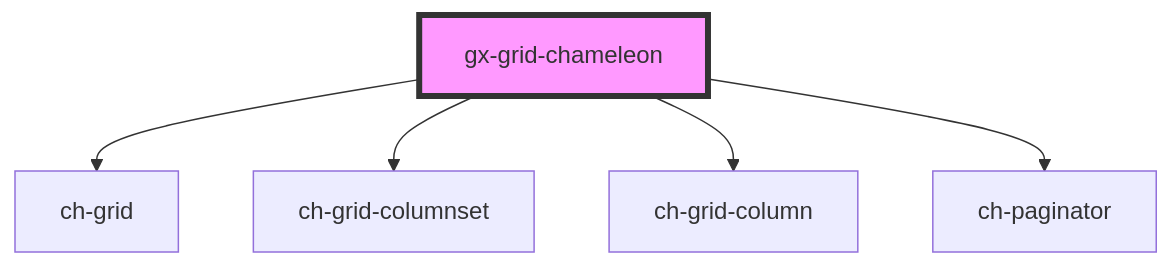
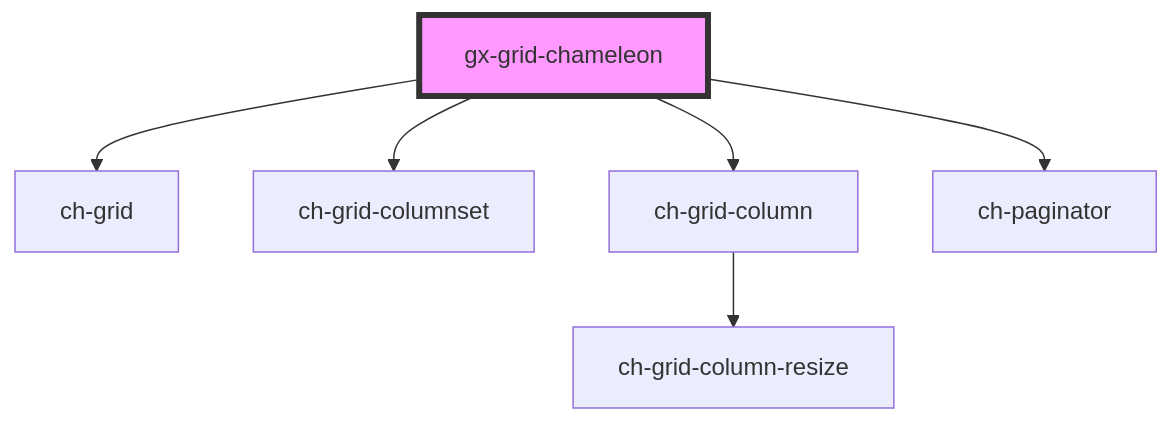
Before and after one commit to genexuslabs/chameleon-controls-library: the diagram in src/components/gx-grid/readme.md, drawn with Mermaid. The commit also changed 2 other files, not shown here.

Commit message:
Minor changes

````diff
--- a/src/components/gx-grid/readme.md
+++ b/src/components/gx-grid/readme.md
@@ -23,8 +23,9 @@
 ```mermaid
 graph TD;
   gx-grid-chameleon --> ch-grid
   gx-grid-chameleon --> ch-grid-columnset
   gx-grid-chameleon --> ch-grid-column
   gx-grid-chameleon --> ch-paginator
+  ch-grid-column --> ch-grid-column-resize
   style gx-grid-chameleon fill:#f9f,stroke:#333,stroke-width:4px
 ```
````
